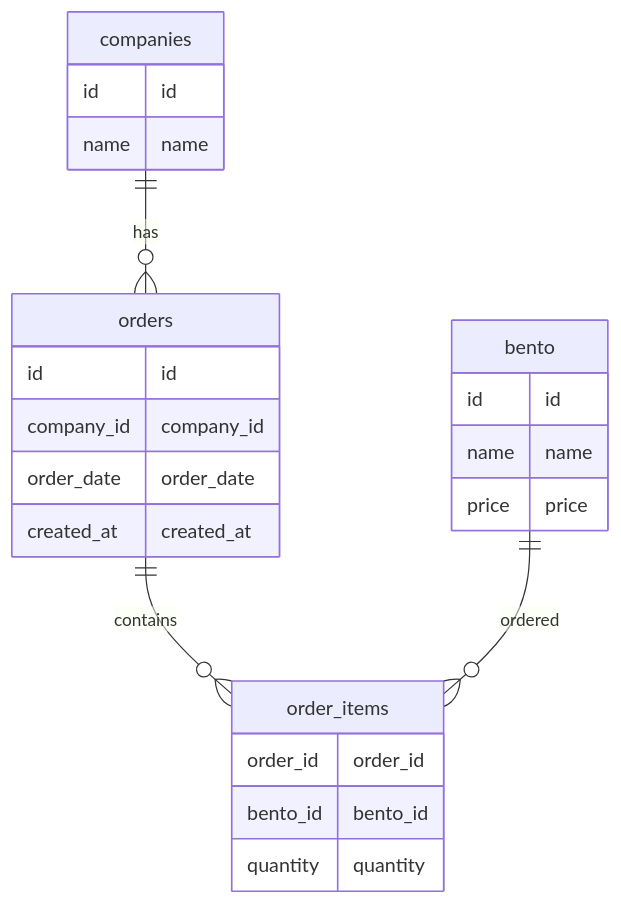
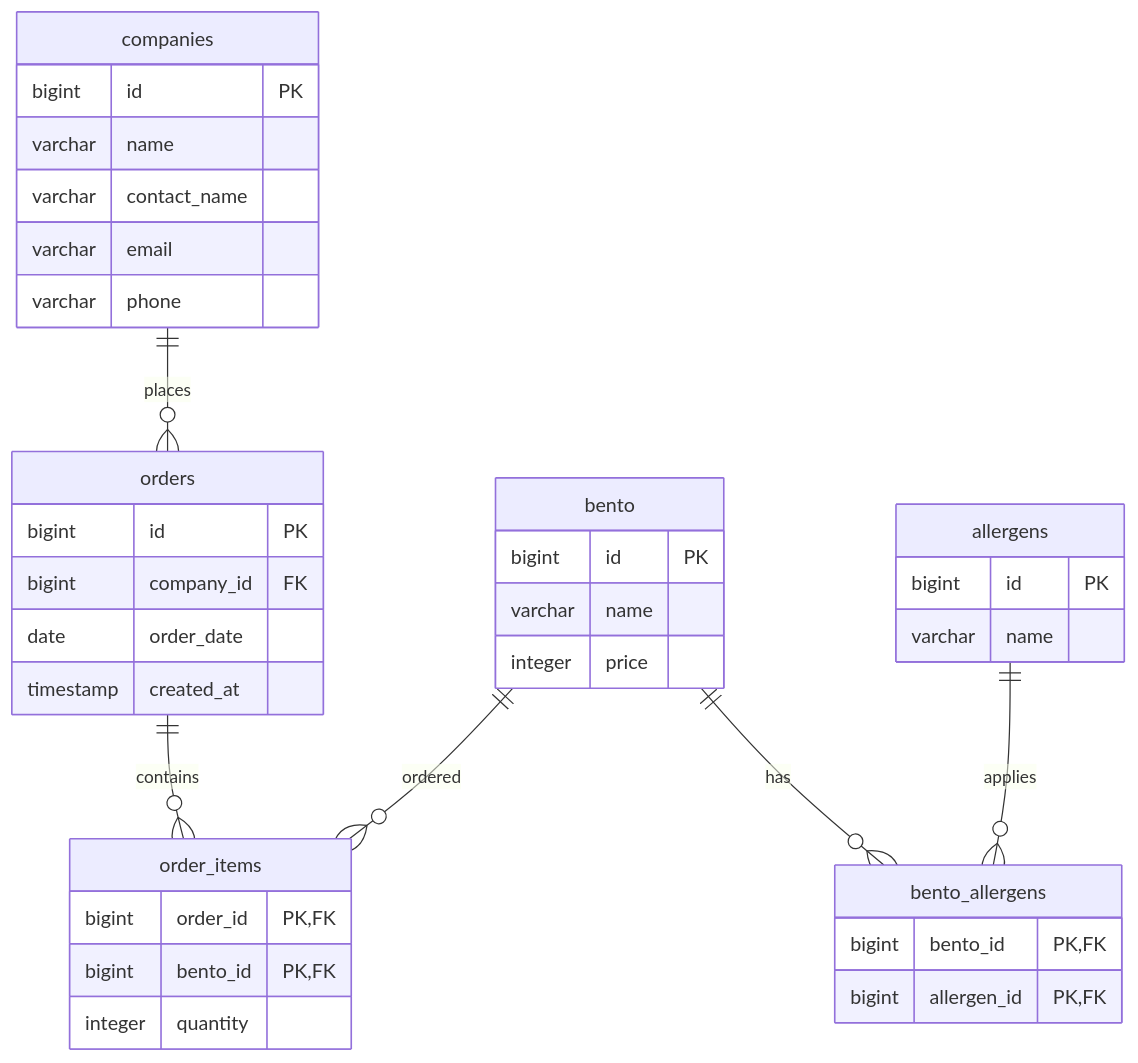
The second of 9 diagrams in README.md (gyakusu/fastapi-postgres-demo), drawn with Mermaid before and after one commit. The commit also changed other lines of this file, not shown here.

````diff
--- a/README.md
+++ b/README.md
@@ -143,30 +86,45 @@
 ```mermaid
 erDiagram
-    companies ||--o{ orders : has
+    companies ||--o{ orders : places
     orders ||--o{ order_items : contains
     bento ||--o{ order_items : ordered
+    bento ||--o{ bento_allergens : has
+    allergens ||--o{ bento_allergens : applies
 
     companies {
-        id id
-        name name
+        bigint id PK
+        varchar name
+        varchar contact_name
+        varchar email
+        varchar phone
     }
 
     orders {
-        id id
-        company_id company_id
-        order_date order_date
-        created_at created_at
+        bigint id PK
+        bigint company_id FK
+        date order_date
+        timestamp created_at
     }
 
     order_items {
-        order_id order_id
-        bento_id bento_id
-        quantity quantity
+        bigint order_id PK,FK
+        bigint bento_id PK,FK
+        integer quantity
     }
 
     bento {
-        id id
-        name name
-        price price
+        bigint id PK
+        varchar name
+        integer price
+    }
+
+    allergens {
+        bigint id PK
+        varchar name
+    }
+
+    bento_allergens {
+        bigint bento_id PK,FK
+        bigint allergen_id PK,FK
     }
 ```
````
